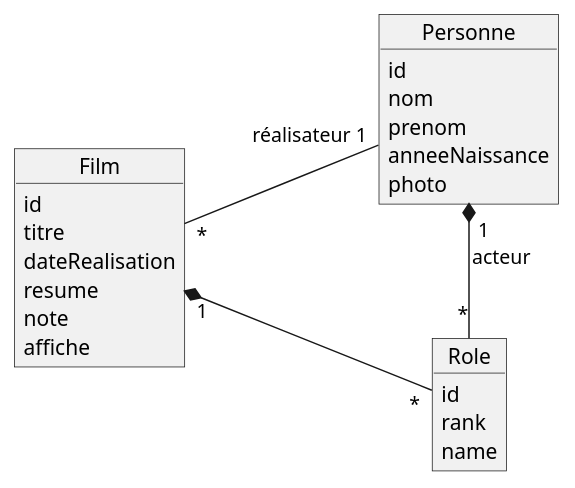
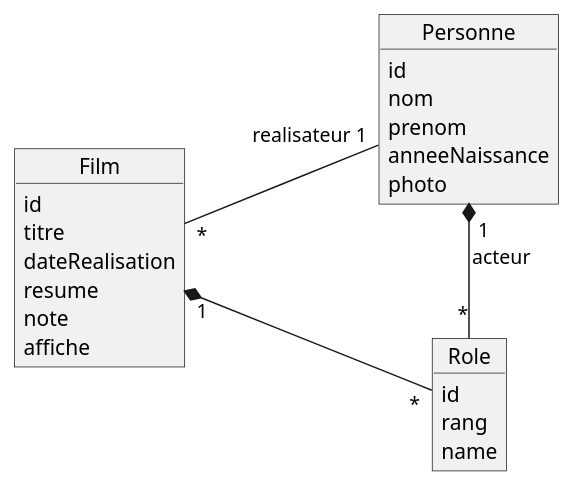
The first of 2 diagrams in src/docs/asciidoc/_ch02_jpa_intro.adoc (ldv-melun/spring-boot), drawn with PlantUML before and after one commit. The commit also changed other lines of this file and 2 other files, not shown here.

Commit message:
quelques mots autour de la liaison bidirectionnelle et renforcement du rôle de l'analyse (diag uml)

```diff
--- a/src/docs/asciidoc/_ch02_jpa_intro.adoc
+++ b/src/docs/asciidoc/_ch02_jpa_intro.adoc
@@ -21,31 +21,32 @@
 [plantuml]
 ----
 left to right direction
 
 Object Film{
 id
 titre
 dateRealisation
 resume
 note
 affiche
 }
 Object Personne{
 id
 nom
 prenom
 anneeNaissance
 photo
 }
 
 Object Role {
 id
-rank
+rang
 name
 }
 
-Film "*" --- "réalisateur 1" Personne :"  "
+Film "*" --- "realisateur 1" Personne :"  "
+Personne "1       \nacteur" *- "*" Role:"\n\n"
 Film "1" *- "*" Role
-Personne "1       \nacteur" *- "*" Role:"\n\n"
+
 
 ----
```
